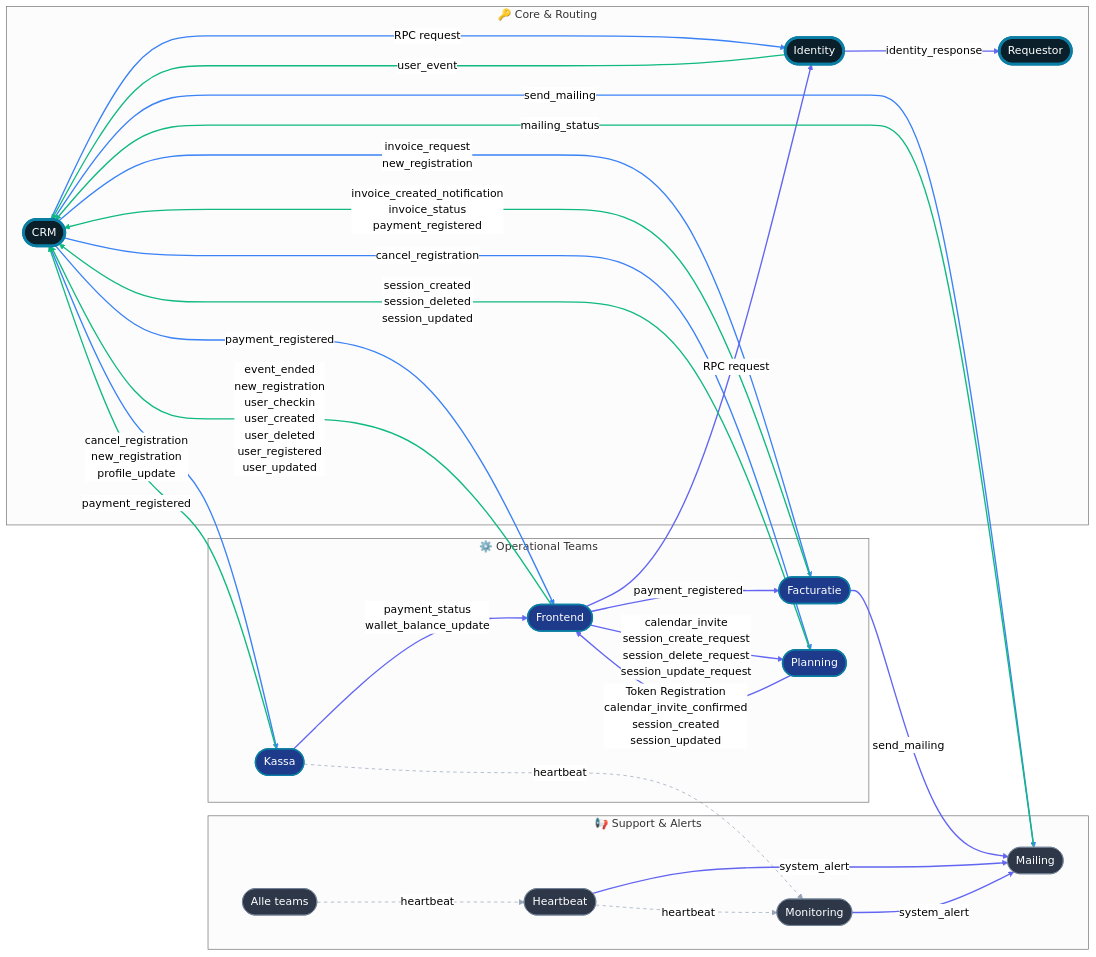
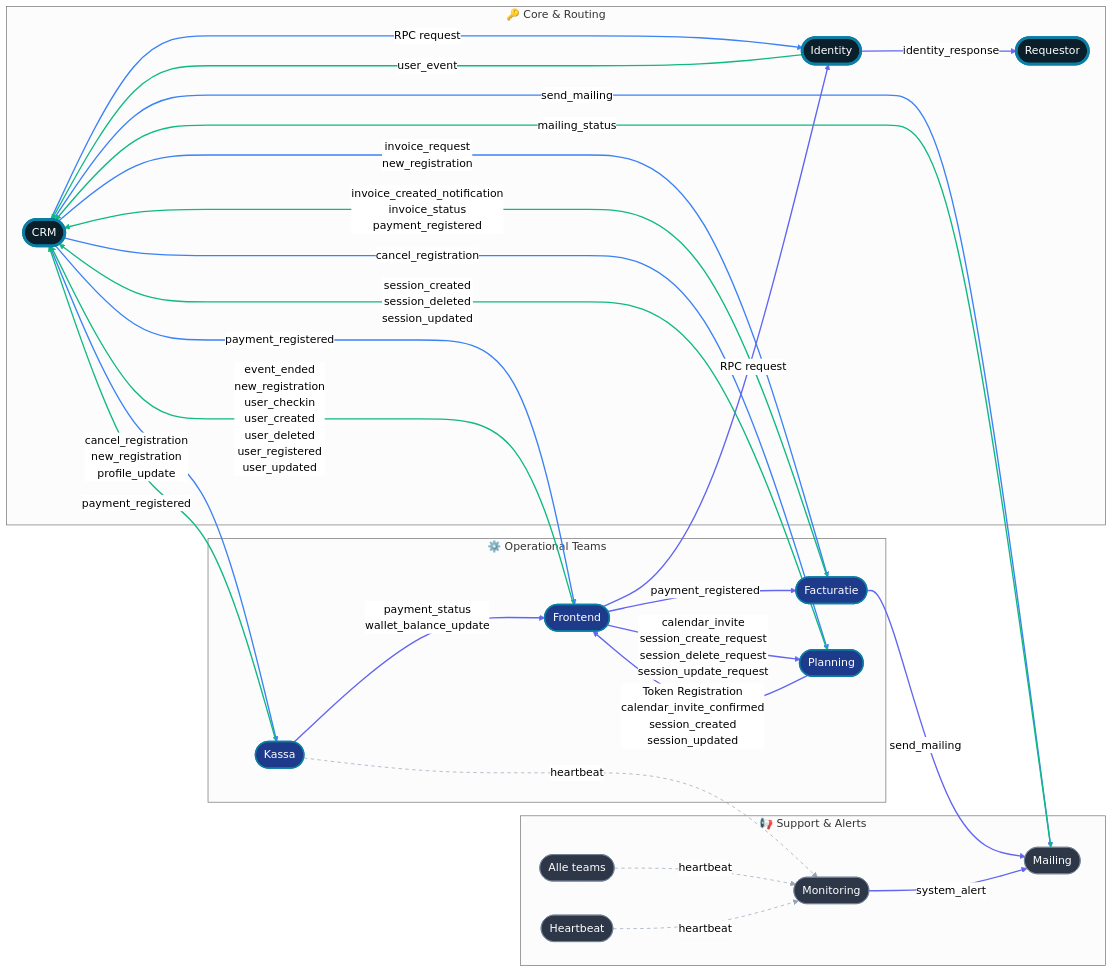
The first of 5 diagrams in README.md (IntegrationProject-Groep1/xml-xsd-contract), drawn with Mermaid (neutral theme) before and after one commit. The commit also changed 2 other files, not shown here.

Commit message:
refactor: apply PR feedback, fix XSD types and network map
- Refined payment_registered (§11.5) XSD and XML examples.
- Fixed Monitoring headers to correct network map routing.
- Cleaned up duplicated footer in contract document.
- Updated changelog with fixes and typo correction.

````diff
--- a/README.md
+++ b/README.md
@@ -224,7 +224,7 @@
     end
 
     %% Functional Flows
-    Alle_teams -. "heartbeat" .-> Heartbeat
+    Alle_teams -. "heartbeat" .-> Monitoring
     CRM -- "invoice_request<br/>new_registration" --> Facturatie
     CRM -- "payment_registered" --> Frontend
     CRM -- "RPC request" --> Identity
@@ -237,7 +237,6 @@
     Frontend -- "payment_registered" --> Facturatie
     Frontend -- "RPC request" --> Identity
     Frontend -- "calendar_invite<br/>session_create_request<br/>session_delete_request<br/>session_update_request" --> Planning
-    Heartbeat -- "system_alert" --> Mailing
     Heartbeat -. "heartbeat" .-> Monitoring
     Identity -- "user_event" --> CRM
     Identity -- "identity_response" --> Requestor
@@ -263,15 +262,14 @@
     linkStyle 10 stroke:#6366f1,stroke-width:2px;
     linkStyle 11 stroke:#6366f1,stroke-width:2px;
     linkStyle 12 stroke:#6366f1,stroke-width:2px;
-    linkStyle 13 stroke:#6366f1,stroke-width:2px;
-    linkStyle 14 stroke:#94a3b8,stroke-width:1px,stroke-dasharray:5;
-    linkStyle 15 stroke:#10b981,stroke-width:2px;
-    linkStyle 16 stroke:#6366f1,stroke-width:2px;
-    linkStyle 17 stroke:#10b981,stroke-width:2px;
-    linkStyle 18 stroke:#6366f1,stroke-width:2px;
-    linkStyle 19 stroke:#94a3b8,stroke-width:1px,stroke-dasharray:5;
-    linkStyle 20 stroke:#10b981,stroke-width:2px;
-    linkStyle 21 stroke:#6366f1,stroke-width:2px;
-    linkStyle 22 stroke:#10b981,stroke-width:2px;
-    linkStyle 23 stroke:#6366f1,stroke-width:2px;
+    linkStyle 13 stroke:#94a3b8,stroke-width:1px,stroke-dasharray:5;
+    linkStyle 14 stroke:#10b981,stroke-width:2px;
+    linkStyle 15 stroke:#6366f1,stroke-width:2px;
+    linkStyle 16 stroke:#10b981,stroke-width:2px;
+    linkStyle 17 stroke:#6366f1,stroke-width:2px;
+    linkStyle 18 stroke:#94a3b8,stroke-width:1px,stroke-dasharray:5;
+    linkStyle 19 stroke:#10b981,stroke-width:2px;
+    linkStyle 20 stroke:#6366f1,stroke-width:2px;
+    linkStyle 21 stroke:#10b981,stroke-width:2px;
+    linkStyle 22 stroke:#6366f1,stroke-width:2px;
 ```
````
